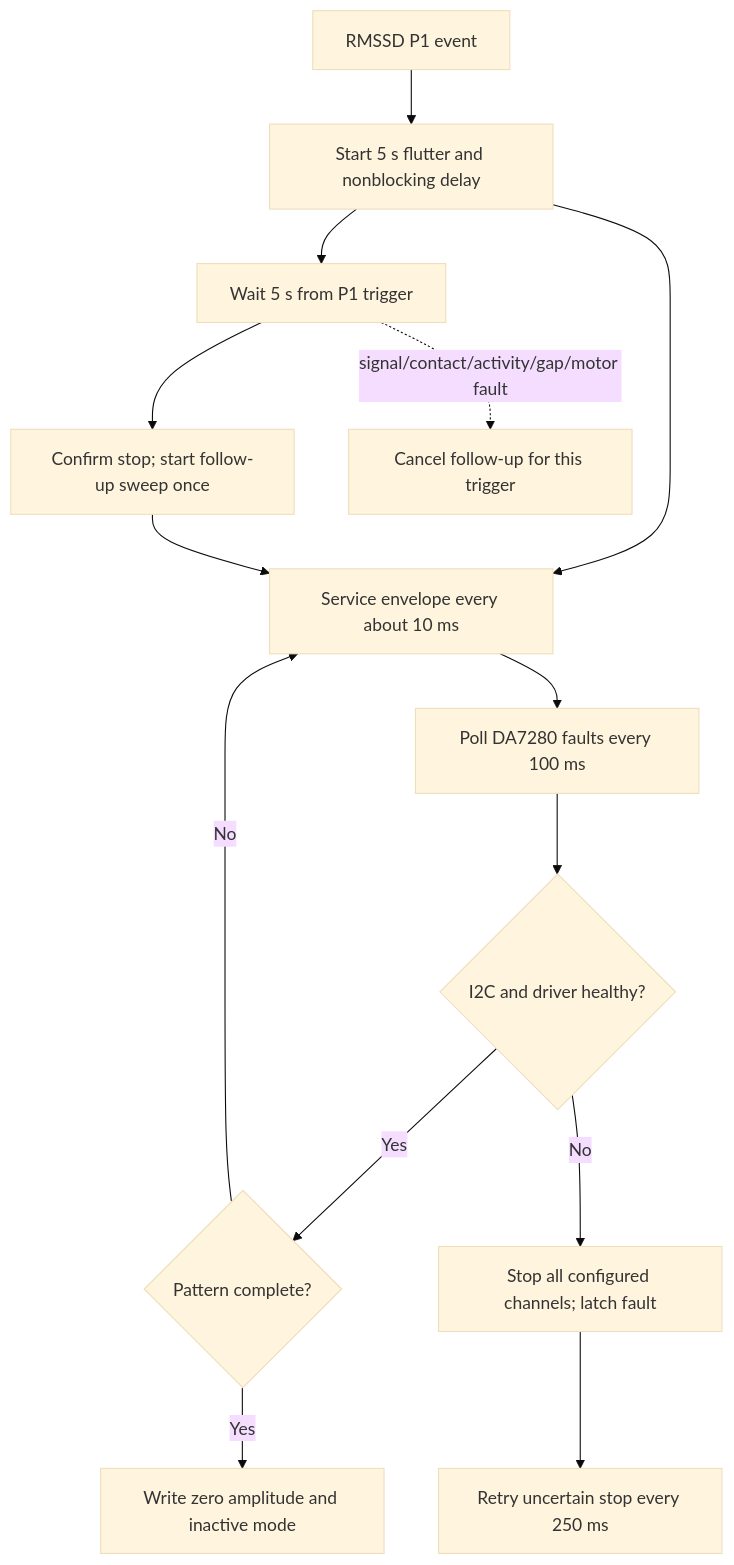
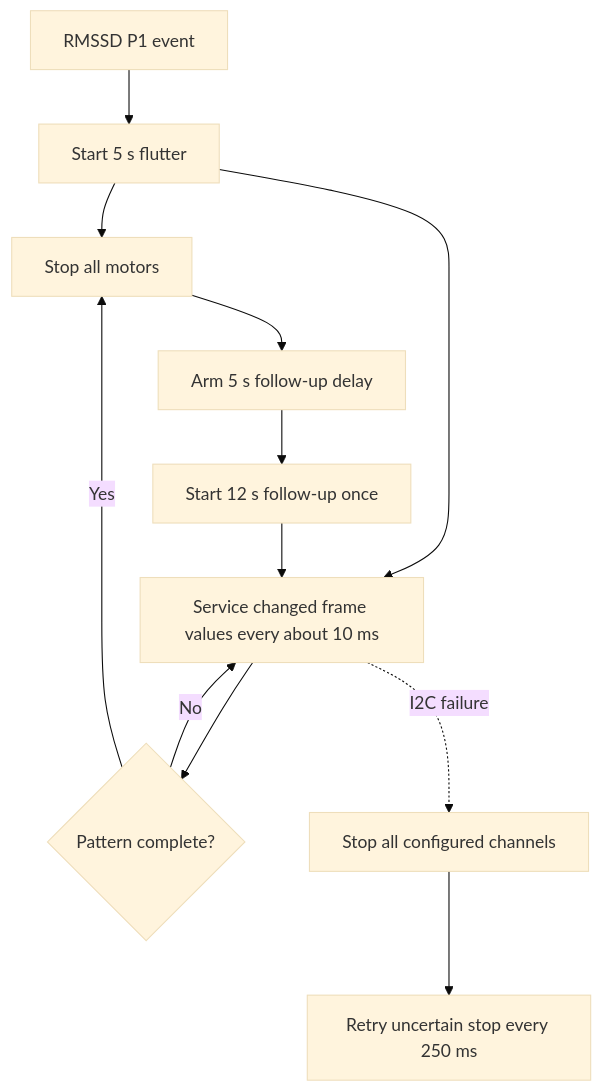
The diagram in docs/haptic-protocols.md (rohanbaichwal1-rgb/Sutra), drawn with Mermaid (base theme) before and after one commit. The commit also changed other lines of this file and 5 other files, not shown here.

````diff
--- a/docs/haptic-protocols.md
+++ b/docs/haptic-protocols.md
@@ -100,16 +67,14 @@
 ```mermaid
 flowchart TD
-    Trigger[RMSSD P1 event] --> P1[Start 5 s flutter and nonblocking delay]
-    P1 --> Delay[Wait 5 s from P1 trigger]
-    Delay --> Follow[Confirm stop; start follow-up sweep once]
-    Delay -. signal/contact/activity/gap/motor fault .-> Cancel[Cancel follow-up for this trigger]
-    P1 --> Frame[Service envelope every about 10 ms]
+    Trigger[RMSSD P1 event] --> P1[Start 5 s flutter]
+    P1 --> Stop[Stop all motors]
+    Stop --> Delay[Arm 5 s follow-up delay]
+    Delay --> Follow[Start 12 s follow-up once]
+    P1 --> Frame[Service changed frame values every about 10 ms]
     Follow --> Frame
-    Frame --> Poll[Poll DA7280 faults every 100 ms]
-    Poll --> OK{I2C and driver healthy?}
-    OK -- Yes --> Done{Pattern complete?}
+    Frame --> Done{Pattern complete?}
     Done -- No --> Frame
-    Done -- Yes --> Stop[Write zero amplitude and inactive mode]
-    OK -- No --> Fault[Stop all configured channels; latch fault]
+    Done -- Yes --> Stop
+    Frame -. I2C failure .-> Fault[Stop all configured channels]
     Fault --> Retry[Retry uncertain stop every 250 ms]
 ```
````
